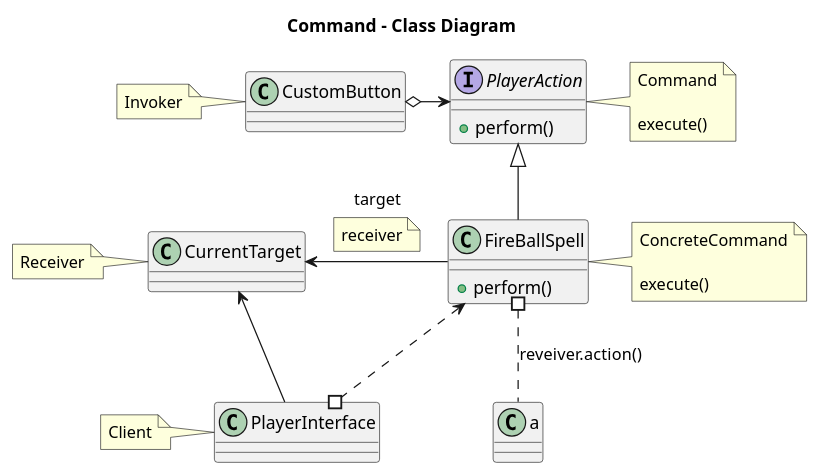
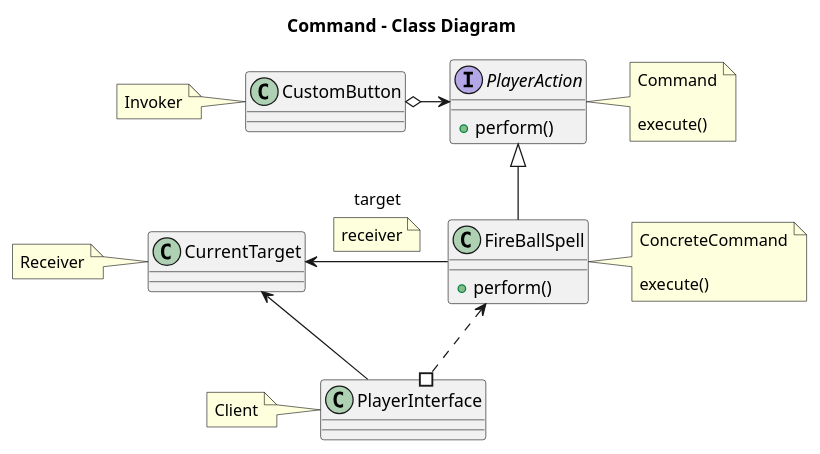
Before and after one commit to sratatata/space-invaders: the diagram in static/command.puml, drawn with PlantUML.

Commit message:
command test2

```diff
--- a/static/command.puml
+++ b/static/command.puml
@@ -1,52 +1,51 @@
 @startuml
 
 title Command - Class Diagram
 
 class CustomButton
 note left of CustomButton
     Invoker
 end note
 
 
 interface PlayerAction {
   + perform()
 }
 note right of PlayerAction
     Command
     
     execute()
 end note
 
 
 class FireBallSpell {
   + perform()
 }
 note right of FireBallSpell
     ConcreteCommand
     
     execute()
 end note
 
 
 class CurrentTarget
 note left of CurrentTarget
     Receiver
 end note
 
 
 class PlayerInterface
 note left of PlayerInterface
     Client
 end note
 
 
 CustomButton o-> PlayerAction
 PlayerAction <|-down- FireBallSpell
 CurrentTarget <- FireBallSpell : target
 note bottom on link: receiver  
 PlayerInterface -up-> CurrentTarget 
 PlayerInterface #.up.> FireBallSpell
-FireBallSpell #.down.  a:reveiver.action()
 
 
 @enduml
```
